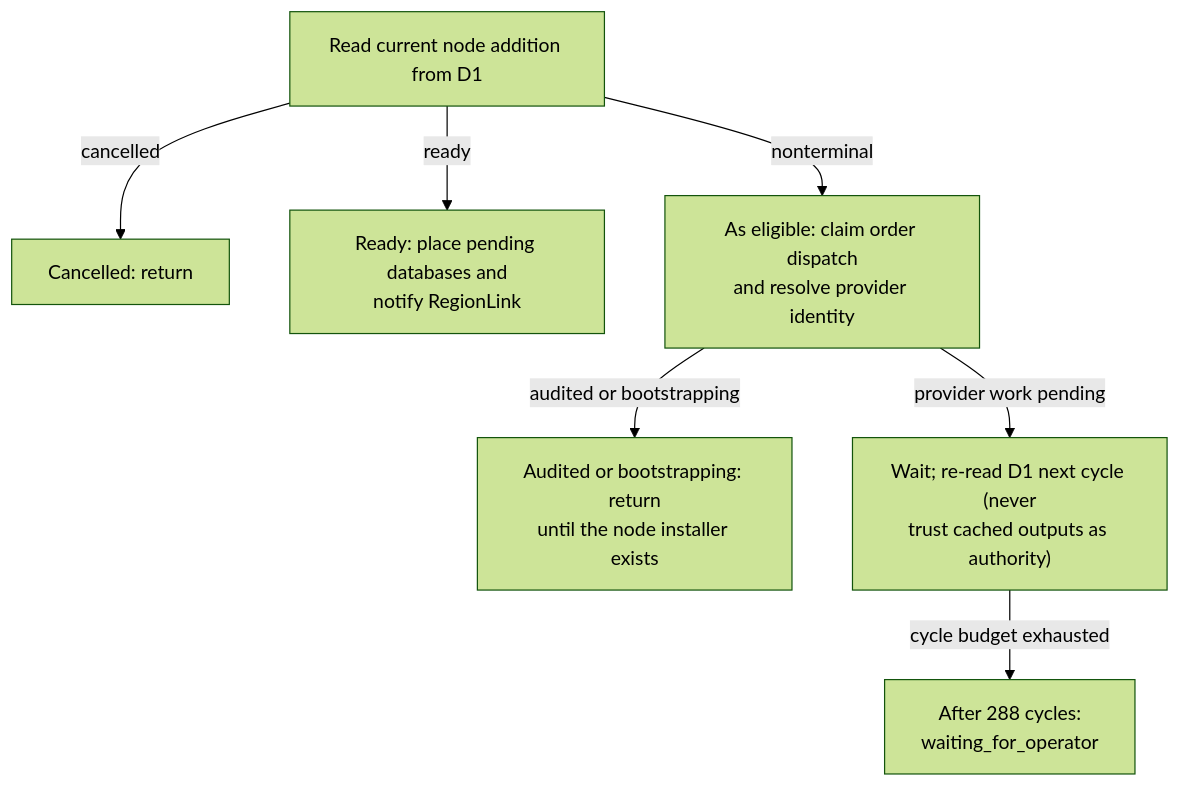
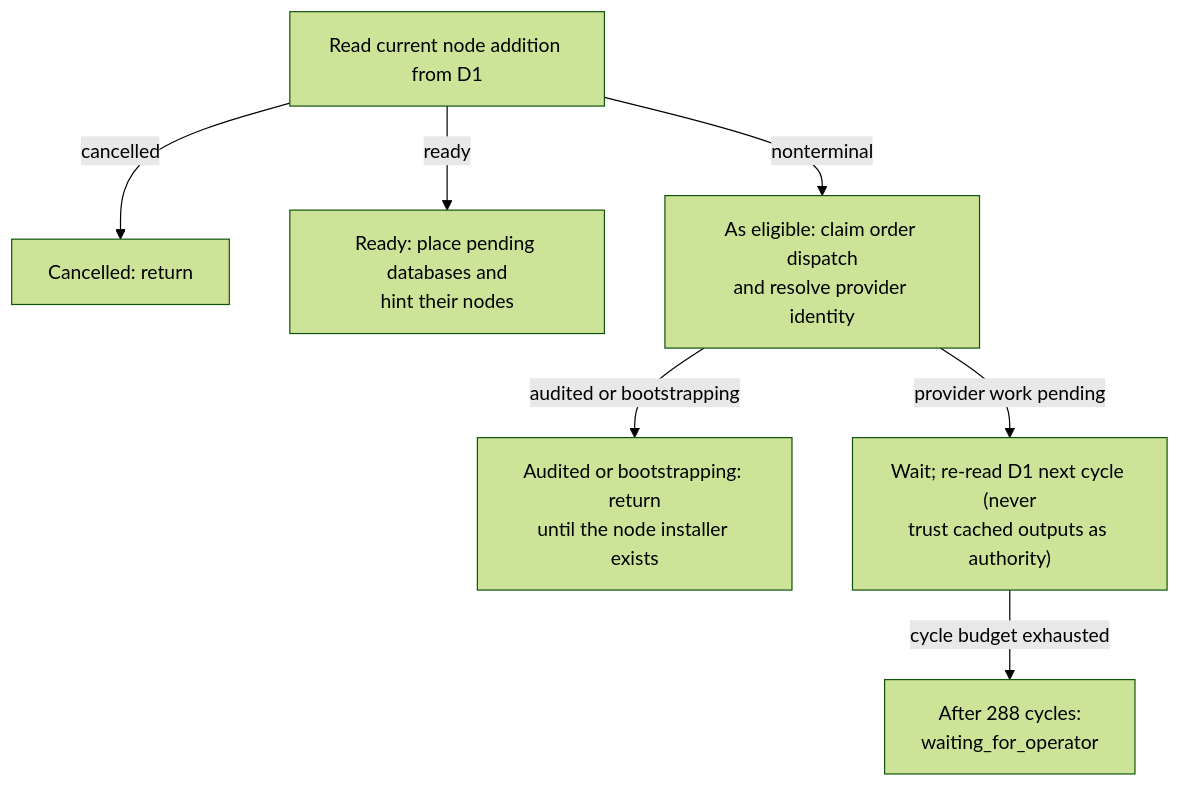
One commit to amerged-org/cloudflare-postgres changed the diagram in docs/architecture/mermaider/add-node.mmd. Above: the diagram before and after it, drawn with Mermaid (forest theme). The commit also changed 171 other files, not shown here.

```diff
--- a/docs/architecture/mermaider/add-node.mmd
+++ b/docs/architecture/mermaider/add-node.mmd
@@ -1,14 +1,14 @@
 flowchart TD
     n_98d16e133cfc["Read current node addition from D1"]
     n_05cae6515ea2["Cancelled: return"]
-    n_f6c7e8a30e85["Ready: place pending databases and<br/>notify RegionLink"]
+    n_f6c7e8a30e85["Ready: place pending databases and<br/>hint their nodes"]
     n_a67701fc2401["As eligible: claim order dispatch<br/>and resolve provider identity"]
     n_d893dc3cbbc2["Audited or bootstrapping: return<br/>until the node installer exists"]
     n_8092c49190cf["Wait; re-read D1 next cycle (never<br/>trust cached outputs as authority)"]
     n_83212f141b4e["After 288 cycles:<br/>waiting_for_operator"]
     n_98d16e133cfc -->|"cancelled"| n_05cae6515ea2
     n_98d16e133cfc -->|"ready"| n_f6c7e8a30e85
     n_98d16e133cfc -->|"nonterminal"| n_a67701fc2401
     n_a67701fc2401 -->|"audited or bootstrapping"| n_d893dc3cbbc2
     n_a67701fc2401 -->|"provider work pending"| n_8092c49190cf
     n_8092c49190cf -->|"cycle budget exhausted"| n_83212f141b4e
```
